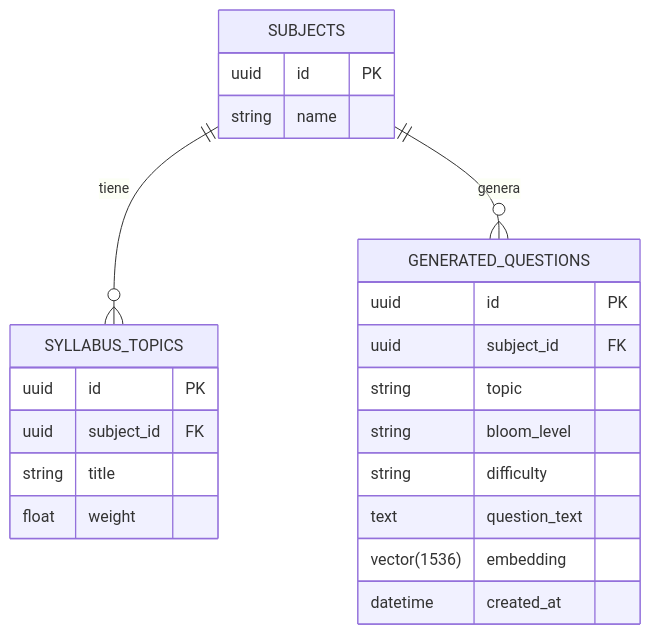
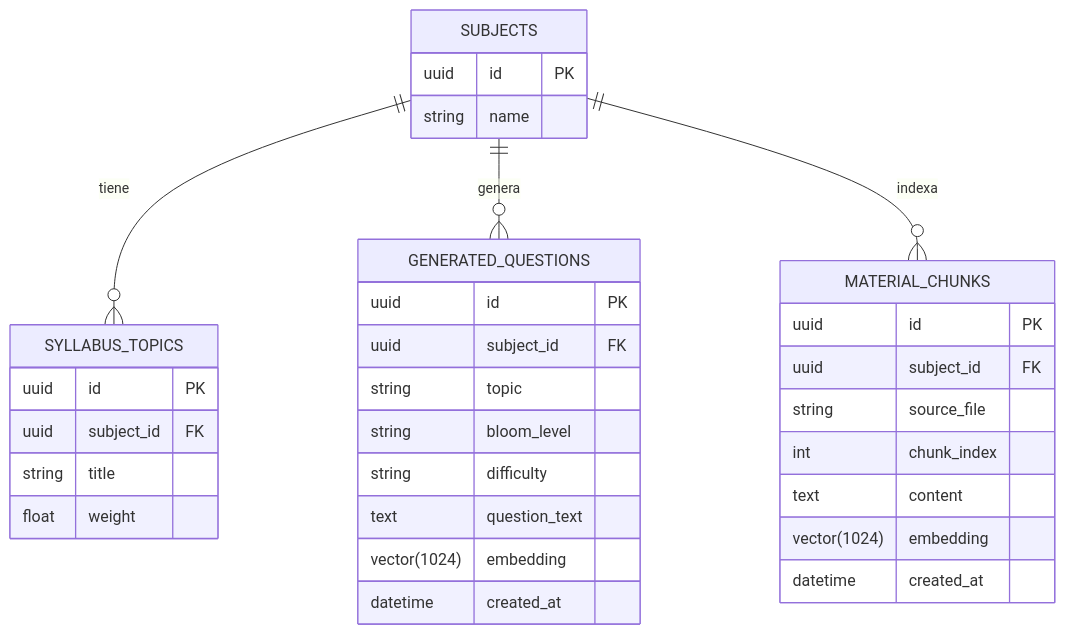
Diagram 11 of 11 in ARCHITECTURE.md (danilo-pilacuan/MVP_LatexExam_v1), drawn with Mermaid before and after one commit. The commit also changed other lines of this file and 22 other files, not shown here.

````diff
--- a/ARCHITECTURE.md
+++ b/ARCHITECTURE.md
@@ -439,26 +490,36 @@
 ```mermaid
 erDiagram
     SUBJECTS ||--o{ SYLLABUS_TOPICS : "tiene"
     SUBJECTS ||--o{ GENERATED_QUESTIONS : "genera"
+    SUBJECTS ||--o{ MATERIAL_CHUNKS : "indexa"
 
     SUBJECTS {
         uuid id PK
         string name
     }
     SYLLABUS_TOPICS {
         uuid id PK
         uuid subject_id FK
         string title
         float weight
     }
+    MATERIAL_CHUNKS {
+        uuid id PK
+        uuid subject_id FK
+        string source_file
+        int chunk_index
+        text content
+        vector(1024) embedding
+        datetime created_at
+    }
     GENERATED_QUESTIONS {
         uuid id PK
         uuid subject_id FK
         string topic
         string bloom_level
         string difficulty
         text question_text
-        vector(1536) embedding
+        vector(1024) embedding
         datetime created_at
     }
 ```
````
